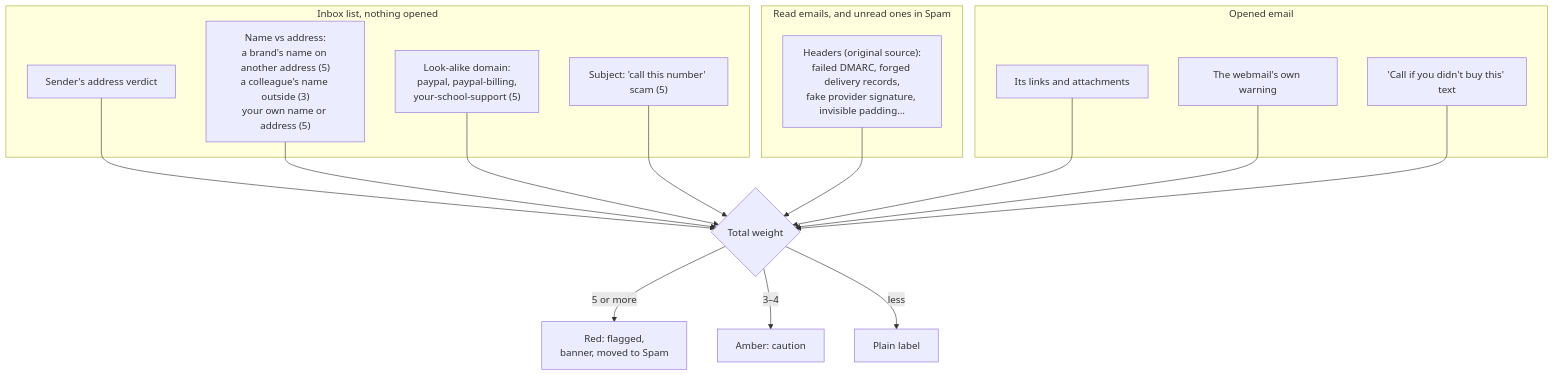
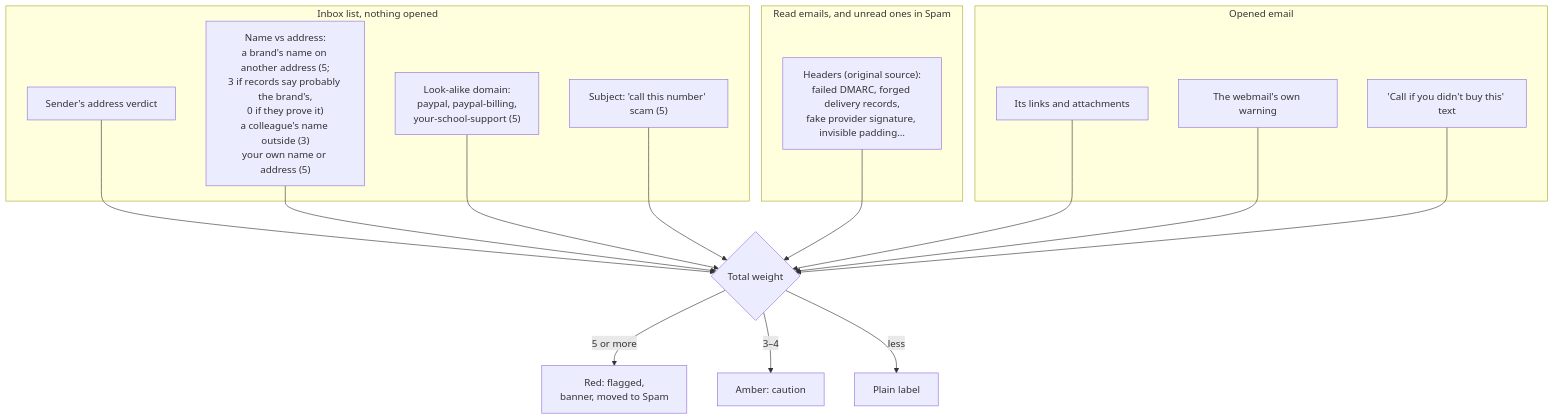
One commit to thecodewarrior2/SPRUCE-Browser-Extension changed the fifth of 8 diagrams in docs/ARCHITECTURE.md. Above: the diagram before and after it, drawn with Mermaid. The commit also changed other lines of this file and 1 other file, not shown here.

First line of the commit message:
Help & docs: how look-alike checks and the brand-ownership check work

````diff
--- a/docs/ARCHITECTURE.md
+++ b/docs/ARCHITECTURE.md
@@ -158,21 +158,21 @@
 ```mermaid
 flowchart TD
   subgraph Row["Inbox list, nothing opened"]
     A1["Sender's address verdict"]
-    A2["Name vs address:<br/>a brand's name on another address (5)<br/>a colleague's name outside (3)<br/>your own name or address (5)"]
+    A2["Name vs address:<br/>a brand's name on another address (5;<br/>3 if records say probably the brand's,<br/>0 if they prove it)<br/>a colleague's name outside (3)<br/>your own name or address (5)"]
     A3["Look-alike domain:<br/>pаypal, paypal-billing,<br/>your-school-support (5)"]
     A4["Subject: 'call this number' scam (5)"]
   end
   subgraph Read["Read emails, and unread ones in Spam"]
     B1["Headers (original source):<br/>failed DMARC, forged delivery records,<br/>fake provider signature, invisible padding…"]
   end
   subgraph Open["Opened email"]
     C1["Its links and attachments"]
     C2["The webmail's own warning"]
     C3["'Call if you didn't buy this' text"]
   end
   A1 & A2 & A3 & A4 & B1 & C1 & C2 & C3 --> SUM{"Total weight"}
   SUM -- "5 or more" --> RED["Red: flagged,<br/>banner, moved to Spam"]
   SUM -- "3–4" --> AMB["Amber: caution"]
   SUM -- "less" --> PLAIN["Plain label"]
 ```
````
